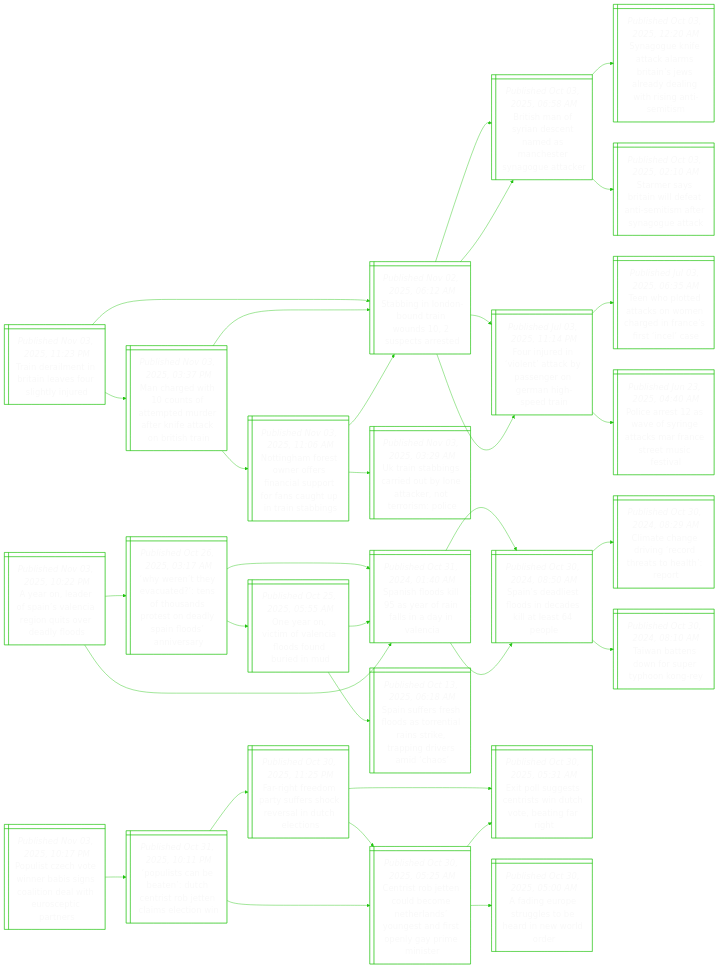
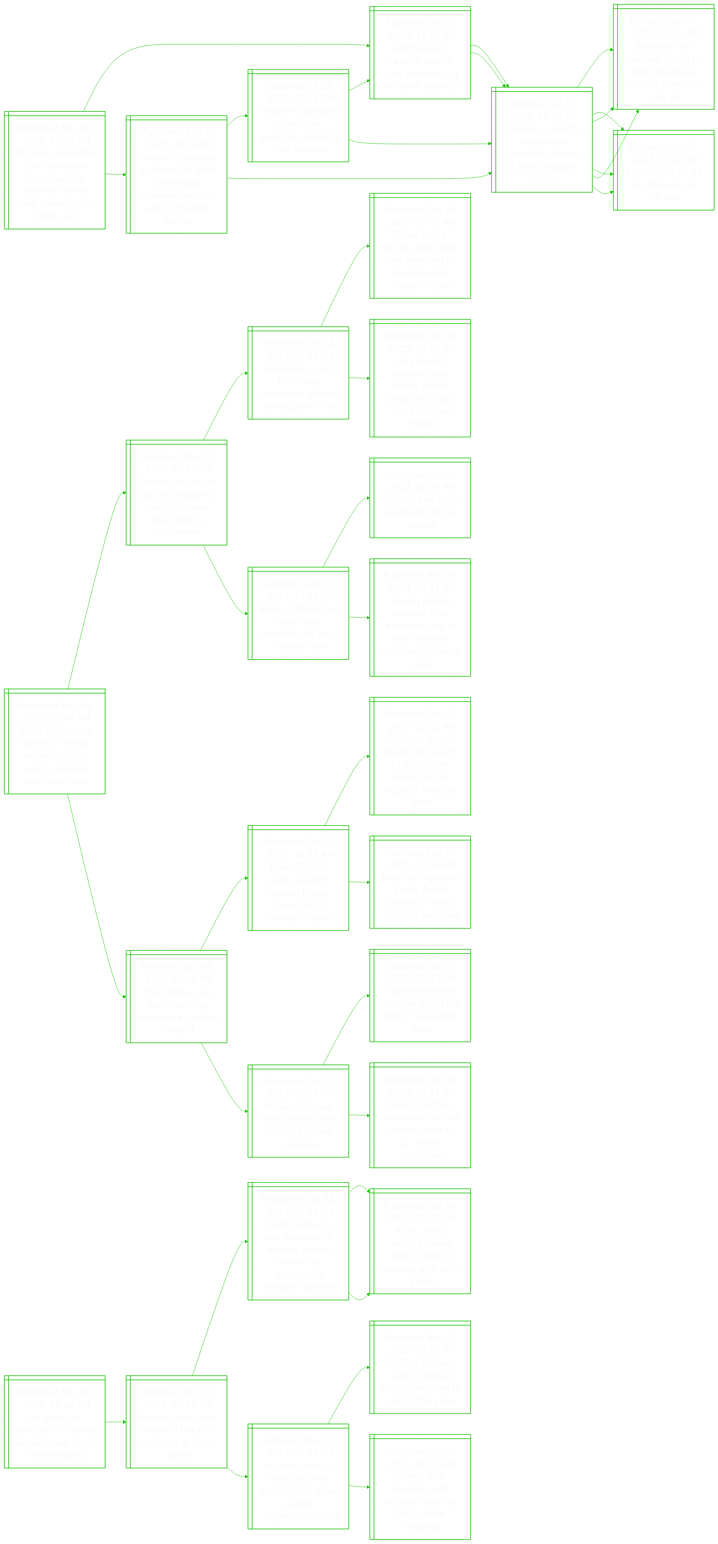
Before and after one commit to notJmes/notJmes: the diagram in README.md, drawn with Mermaid. The commit also changed other lines of this file, not shown here.

````diff
--- a/README.md
+++ b/README.md
@@ -16,109 +16,121 @@
 flowchart LR
 classDef txtsize font-size:20px;
 
-Tdlitefllu@{ shape: win-pane, label: "_Published Nov 03, 2025, 11:23 PM_
-Train derailment in britain leaves four slightly injured" }
-SiLndndpat@{ shape: win-pane, label: "_Published Nov 02, 2025, 06:12 AM_
-Stabbing in london-bound train wounds 10, 2 suspects arrested" }
-Bsoisnaceaec@{ shape: win-pane, label: "_Published Oct 03, 2025, 06:58 AM_
-British man of syrian descent named as manchester synagogue attacker" }
-Sontasaerdnhnit@{ shape: win-pane, label: "_Published Oct 03, 2025, 12:20 AM_
-Synagogue knife attack alarms britain’s jews already dealing with rising anti-semitism" }
-Sesaletiasot@{ shape: win-pane, label: "_Published Oct 03, 2025, 02:10 AM_
-Starmer says britain will defeat anti-semitism after synagogue attack" }
-Fndoakseehpr@{ shape: win-pane, label: "_Published Jul 03, 2025, 11:14 PM_
-Four injured in ‘violent’ attack by passenger on german high-speed train" }
-Thttsmainina@{ shape: win-pane, label: "_Published Jul 03, 2025, 06:35 AM_
-Teen who plotted attacks on women charged in france’s first ‘incel’ case" }
-Pesasgaanruea@{ shape: win-pane, label: "_Published Jun 23, 2025, 04:40 AM_
-Police arrest 12 as wave of syringe attacks mar france street music festival" }
-MawooedeefaBsi@{ shape: win-pane, label: "_Published Nov 03, 2025, 03:37 PM_
-Man charged with 10 counts of attempted murder after knife attack on british train" }
-SiLndndpat@{ shape: win-pane, label: "_Published Nov 02, 2025, 06:12 AM_
-Stabbing in london-bound train wounds 10, 2 suspects arrested" }
-Bsoisnaceaec@{ shape: win-pane, label: "_Published Oct 03, 2025, 06:58 AM_
-British man of syrian descent named as manchester synagogue attacker" }
-Fndoakseehpr@{ shape: win-pane, label: "_Published Jul 03, 2025, 11:14 PM_
-Four injured in ‘violent’ attack by passenger on german high-speed train" }
-NnFtrralorcttsi@{ shape: win-pane, label: "_Published Nov 03, 2025, 11:06 AM_
-Nottingham forest owner offers financial support for fans caught up in train stabbings" }
-SiLndndpat@{ shape: win-pane, label: "_Published Nov 02, 2025, 06:12 AM_
-Stabbing in london-bound train wounds 10, 2 suspects arrested" }
-Uibsitnanrsi@{ shape: win-pane, label: "_Published Nov 03, 2025, 03:29 AM_
-Uk train stabbings carried out by lone attacker, not terrorism: police" }
+UnmdasuumnoCsds@{ shape: win-pane, label: "_Published Nov 04, 2025, 03:27 AM_
+Ukraine committed to eu accession but should do more on rule of law, commission draft says" }
+Lknitutytfn@{ shape: win-pane, label: "_Published Jul 22, 2025, 11:23 PM_
+Lawmakers in ukraine vote to curb autonomy of anti-graft agencies" }
+Undwpshroiunc@{ shape: win-pane, label: "_Published Jul 22, 2025, 04:58 AM_
+Ukraine conducts widespread searches, arrests of anti-corruption officials" }
+Zsyautdeaneu@{ shape: win-pane, label: "_Published Jul 22, 2025, 03:02 AM_
+Zelensky says ukraine, russia to hold new peace talks in turkey on july 23" }
+Bildiar@{ shape: win-pane, label: "_Published Jul 21, 2025, 10:45 PM_
+Britain calls for 50-day drive to arm ukraine" }
+Undwpshroiunc@{ shape: win-pane, label: "_Published Jul 22, 2025, 04:58 AM_
+Ukraine conducts widespread searches, arrests of anti-corruption officials" }
+Zsyautdeaneu@{ shape: win-pane, label: "_Published Jul 22, 2025, 03:02 AM_
+Zelensky says ukraine, russia to hold new peace talks in turkey on july 23" }
+Bildiar@{ shape: win-pane, label: "_Published Jul 21, 2025, 10:45 PM_
+Britain calls for 50-day drive to arm ukraine" }
+Unlyoiaeiddoiune@{ shape: win-pane, label: "_Published Jul 24, 2025, 09:39 PM_
+Ukraine’s zelensky approves bill draft ‘preserving independence’ of anti-corruption bodies" }
+Unbiuncpnee@{ shape: win-pane, label: "_Published Jul 23, 2025, 08:23 AM_
+Ukraine curbs anti-corruption agencies, sparking rare protests" }
+Lknitutytfn@{ shape: win-pane, label: "_Published Jul 22, 2025, 11:23 PM_
+Lawmakers in ukraine vote to curb autonomy of anti-graft agencies" }
+Undwpshroiunc@{ shape: win-pane, label: "_Published Jul 22, 2025, 04:58 AM_
+Ukraine conducts widespread searches, arrests of anti-corruption officials" }
+Undwpshroiunc@{ shape: win-pane, label: "_Published Jul 22, 2025, 04:58 AM_
+Ukraine conducts widespread searches, arrests of anti-corruption officials" }
+Zsyautdeaneu@{ shape: win-pane, label: "_Published Jul 22, 2025, 03:02 AM_
+Zelensky says ukraine, russia to hold new peace talks in turkey on july 23" }
+Bildiar@{ shape: win-pane, label: "_Published Jul 21, 2025, 10:45 PM_
+Britain calls for 50-day drive to arm ukraine" }
 
-Tdlitefllu:::txtsize --> SiLndndpat:::txtsize
-SiLndndpat:::txtsize --> Bsoisnaceaec:::txtsize
-Bsoisnaceaec:::txtsize --> Sontasaerdnhnit:::txtsize
-Bsoisnaceaec:::txtsize --> Sesaletiasot:::txtsize
-SiLndndpat:::txtsize --> Fndoakseehpr:::txtsize
-Fndoakseehpr:::txtsize --> Thttsmainina:::txtsize
-Fndoakseehpr:::txtsize --> Pesasgaanruea:::txtsize
-Tdlitefllu:::txtsize --> MawooedeefaBsi:::txtsize
-MawooedeefaBsi:::txtsize --> SiLndndpat:::txtsize
-SiLndndpat:::txtsize --> Bsoisnaceaec:::txtsize
-SiLndndpat:::txtsize --> Fndoakseehpr:::txtsize
-MawooedeefaBsi:::txtsize --> NnFtrralorcttsi:::txtsize
-NnFtrralorcttsi:::txtsize --> SiLndndpat:::txtsize
-NnFtrralorcttsi:::txtsize --> Uibsitnanrsi:::txtsize
+UnmdasuumnoCsds:::txtsize --> Lknitutytfn:::txtsize
+Lknitutytfn:::txtsize --> Undwpshroiunc:::txtsize
+Undwpshroiunc:::txtsize --> Zsyautdeaneu:::txtsize
+Undwpshroiunc:::txtsize --> Bildiar:::txtsize
+Lknitutytfn:::txtsize --> Undwpshroiunc:::txtsize
+Undwpshroiunc:::txtsize --> Zsyautdeaneu:::txtsize
+Undwpshroiunc:::txtsize --> Bildiar:::txtsize
+UnmdasuumnoCsds:::txtsize --> Unlyoiaeiddoiune:::txtsize
+Unlyoiaeiddoiune:::txtsize --> Unbiuncpnee:::txtsize
+Unbiuncpnee:::txtsize --> Lknitutytfn:::txtsize
+Unbiuncpnee:::txtsize --> Undwpshroiunc:::txtsize
+Unlyoiaeiddoiune:::txtsize --> Undwpshroiunc:::txtsize
+Undwpshroiunc:::txtsize --> Zsyautdeaneu:::txtsize
+Undwpshroiunc:::txtsize --> Bildiar:::txtsize
 
-AodSsneqoefs@{ shape: win-pane, label: "_Published Nov 03, 2025, 10:22 PM_
-A year on, leader of spain’s valencia region quits over deadly floods" }
-Wrhaesodtnlions@{ shape: win-pane, label: "_Published Oct 26, 2025, 03:17 AM_
-‘why weren’t they evacuated?’: tens of thousands protest on deadly spain floods’ anniversary" }
-Ssoleranie@{ shape: win-pane, label: "_Published Oct 31, 2024, 01:40 AM_
-Spanish floods kill 95 as year of rain falls in a day in valencia" }
-Sslfsckttl@{ shape: win-pane, label: "_Published Oct 30, 2024, 08:50 AM_
-Spain’s deadliest floods in decades kill at least 64 people" }
-Oaioefsdeu@{ shape: win-pane, label: "_Published Oct 25, 2025, 05:55 AM_
-One year on, victim of valencia floods found buried in mud" }
-Ssoleranie@{ shape: win-pane, label: "_Published Oct 31, 2024, 01:40 AM_
-Spanish floods kill 95 as year of rain falls in a day in valencia" }
-Ssrsotnrseprsc@{ shape: win-pane, label: "_Published Oct 13, 2025, 06:18 AM_
-Spain suffers fresh floods as torrential rains strike, trapping drivers amid ‘chaos’" }
-Ssoleranie@{ shape: win-pane, label: "_Published Oct 31, 2024, 01:40 AM_
-Spanish floods kill 95 as year of rain falls in a day in valencia" }
-Sslfsckttl@{ shape: win-pane, label: "_Published Oct 30, 2024, 08:50 AM_
-Spain’s deadliest floods in decades kill at least 64 people" }
-Ctnirdahhr@{ shape: win-pane, label: "_Published Oct 30, 2024, 08:29 AM_
-Climate change driving ‘record threats to health’: report" }
-TnewSTog@{ shape: win-pane, label: "_Published Oct 30, 2024, 08:10 AM_
-Taiwan battens down for super typhoon kong-rey" }
+Rigslewrpdleit@{ shape: win-pane, label: "_Published Nov 04, 2025, 02:48 AM_
+Rome firefighters battle to rescue worker trapped under collapsed medieval tower" }
+WruniledlrRCs@{ shape: win-pane, label: "_Published Nov 03, 2025, 08:57 PM_
+Workers injured in partial collapse of medieval tower near rome’s colosseum" }
+Esnysebridgcd@{ shape: win-pane, label: "_Published Oct 14, 2025, 04:44 PM_
+Explosion in italy kills three carabinieri officers during police raid" }
+Tpechaweelael@{ shape: win-pane, label: "_Published Sep 18, 2025, 07:35 AM_
+Three police officers shot dead, two wounded in pennsylvania; suspect killed" }
+yleapeitneteoe@{ shape: win-pane, label: "_Published Sep 08, 2025, 03:26 PM_
+16-year-old arrested after police station attack in turkey that killed two officers" }
+Baluparktjn@{ shape: win-pane, label: "_Published Dec 10, 2024, 12:12 AM_
+Blast at italian fuel depot near florence kills two, injures nine" }
+Uatesie@{ shape: win-pane, label: "_Published Oct 23, 2024, 01:36 AM_
+Uganda fuel truck explosion kills 11 people" }
+EnleaesigmVuies@{ shape: win-pane, label: "_Published Nov 19, 2024, 02:31 AM_
+Eleven people arrested after explosion, fire at gas complex, venezuela minister says" }
+FesounlsnMd@{ shape: win-pane, label: "_Published Oct 08, 2025, 02:52 PM_
+Four dead as six-storey building collapses in central madrid" }
+Hfeitebsrono@{ shape: win-pane, label: "_Published Oct 07, 2025, 10:41 AM_
+Hanoi flooded again as storm season brings more rain to vietnam’s north" }
+Tolalennnlutci@{ shape: win-pane, label: "_Published Oct 03, 2025, 12:45 PM_
+Typhoon bualoi death toll rises to 51 in vietnam, banks told to support affected firms" }
+RrpBideaitnt@{ shape: win-pane, label: "_Published Sep 30, 2025, 10:04 AM_
+Rain from typhoon bualoi floods homes in hanoi, disrupts transport" }
+Wrshndrilcp@{ shape: win-pane, label: "_Published Oct 07, 2025, 09:13 PM_
+Workers missing, three injured after madrid building collapse" }
+Ieccpalsan@{ shape: win-pane, label: "_Published Oct 07, 2025, 12:47 PM_
+Indonesia school collapse death toll hits 67 as search ends" }
+Dtrdihoseecn@{ shape: win-pane, label: "_Published Oct 06, 2025, 09:41 AM_
+Death toll from indonesian school collapse rises to 65, search continues" }
 
-AodSsneqoefs:::txtsize --> Wrhaesodtnlions:::txtsize
-Wrhaesodtnlions:::txtsize --> Ssoleranie:::txtsize
-Ssoleranie:::txtsize --> Sslfsckttl:::txtsize
-Wrhaesodtnlions:::txtsize --> Oaioefsdeu:::txtsize
-Oaioefsdeu:::txtsize --> Ssoleranie:::txtsize
-Oaioefsdeu:::txtsize --> Ssrsotnrseprsc:::txtsize
-AodSsneqoefs:::txtsize --> Ssoleranie:::txtsize
-Ssoleranie:::txtsize --> Sslfsckttl:::txtsize
-Sslfsckttl:::txtsize --> Ctnirdahhr:::txtsize
-Sslfsckttl:::txtsize --> TnewSTog:::txtsize
+Rigslewrpdleit:::txtsize --> WruniledlrRCs:::txtsize
+WruniledlrRCs:::txtsize --> Esnysebridgcd:::txtsize
+Esnysebridgcd:::txtsize --> Tpechaweelael:::txtsize
+Esnysebridgcd:::txtsize --> yleapeitneteoe:::txtsize
+WruniledlrRCs:::txtsize --> Baluparktjn:::txtsize
+Baluparktjn:::txtsize --> Uatesie:::txtsize
+Baluparktjn:::txtsize --> EnleaesigmVuies:::txtsize
+Rigslewrpdleit:::txtsize --> FesounlsnMd:::txtsize
+FesounlsnMd:::txtsize --> Hfeitebsrono:::txtsize
+Hfeitebsrono:::txtsize --> Tolalennnlutci:::txtsize
+Hfeitebsrono:::txtsize --> RrpBideaitnt:::txtsize
+FesounlsnMd:::txtsize --> Wrshndrilcp:::txtsize
+Wrshndrilcp:::txtsize --> Ieccpalsan:::txtsize
+Wrshndrilcp:::txtsize --> Dtrdihoseecn:::txtsize
 
-PietnbgaolEccn@{ shape: win-pane, label: "_Published Nov 03, 2025, 10:17 PM_
-Populist czech vote winner babis signs coalition deal with eurosceptic partners" }
-PiaeDcibeien@{ shape: win-pane, label: "_Published Oct 31, 2025, 10:11 PM_
-‘populists can be beaten’: dutch centrist rob jetten claims election win" }
-FgePsrceiccs@{ shape: win-pane, label: "_Published Oct 30, 2025, 11:25 PM_
-Far-right freedom party suffers shock reversal in dutch elections" }
-Eogsrwtttah@{ shape: win-pane, label: "_Published Oct 30, 2025, 05:31 AM_
-Exit poll suggests centrists win dutch vote, beating far right" }
-Cibelotaosfoyrie@{ shape: win-pane, label: "_Published Oct 30, 2025, 05:25 AM_
-Centrist rob jetten could become netherlands’ youngest and first openly gay prime minister" }
-Cibelotaosfoyrie@{ shape: win-pane, label: "_Published Oct 30, 2025, 05:25 AM_
-Centrist rob jetten could become netherlands’ youngest and first openly gay prime minister" }
-Eogsrwtttah@{ shape: win-pane, label: "_Published Oct 30, 2025, 05:31 AM_
-Exit poll suggests centrists win dutch vote, beating far right" }
-Anoreedwdr@{ shape: win-pane, label: "_Published Oct 30, 2025, 05:00 AM_
-A fading europe struggles to be heard in new world order" }
+Utaosvlrhar@{ shape: win-pane, label: "_Published Nov 04, 2025, 02:42 AM_
+Us wants un sanctions on seven vessels over north korea exports" }
+HtiZdlUoSK@{ shape: win-pane, label: "_Published Nov 03, 2025, 08:21 AM_
+Hegseth visits dmz ahead of talks on us troops in south korea" }
+SKUpemantfPyenm@{ shape: win-pane, label: "_Published Sep 24, 2025, 06:32 PM_
+South korea, us see progress on military control transfer as pyongyang tensions simmer" }
+AoolrtunsNK@{ shape: win-pane, label: "_Published Sep 24, 2025, 03:27 AM_
+At un, south korea’s leader vows to reduce tensions with north korea" }
+AoolrtunsNK@{ shape: win-pane, label: "_Published Sep 24, 2025, 03:27 AM_
+At un, south korea’s leader vows to reduce tensions with north korea" }
+Htsasttpengsh@{ shape: win-pane, label: "_Published Nov 01, 2025, 07:11 PM_
+Hegseth says us ready to share tools to help allies counter ‘aggressive’ china" }
+CstatelnrSCS@{ shape: win-pane, label: "_Published Nov 01, 2025, 02:01 PM_
+China’s military says it tracked philippine patrol in south china sea" }
+Tstotpottea@{ shape: win-pane, label: "_Published Oct 31, 2025, 01:51 AM_
+Trump stirs tensions with surprise order to test nuclear weapons" }
 
-PietnbgaolEccn:::txtsize --> PiaeDcibeien:::txtsize
-PiaeDcibeien:::txtsize --> FgePsrceiccs:::txtsize
-FgePsrceiccs:::txtsize --> Eogsrwtttah:::txtsize
-FgePsrceiccs:::txtsize --> Cibelotaosfoyrie:::txtsize
-PiaeDcibeien:::txtsize --> Cibelotaosfoyrie:::txtsize
-Cibelotaosfoyrie:::txtsize --> Eogsrwtttah:::txtsize
-Cibelotaosfoyrie:::txtsize --> Anoreedwdr:::txtsize
+Utaosvlrhar:::txtsize --> HtiZdlUoSK:::txtsize
+HtiZdlUoSK:::txtsize --> SKUpemantfPyenm:::txtsize
+SKUpemantfPyenm:::txtsize --> AoolrtunsNK:::txtsize
+SKUpemantfPyenm:::txtsize --> AoolrtunsNK:::txtsize
+HtiZdlUoSK:::txtsize --> Htsasttpengsh:::txtsize
+Htsasttpengsh:::txtsize --> CstatelnrSCS:::txtsize
+Htsasttpengsh:::txtsize --> Tstotpottea:::txtsize
 
 ```
````
